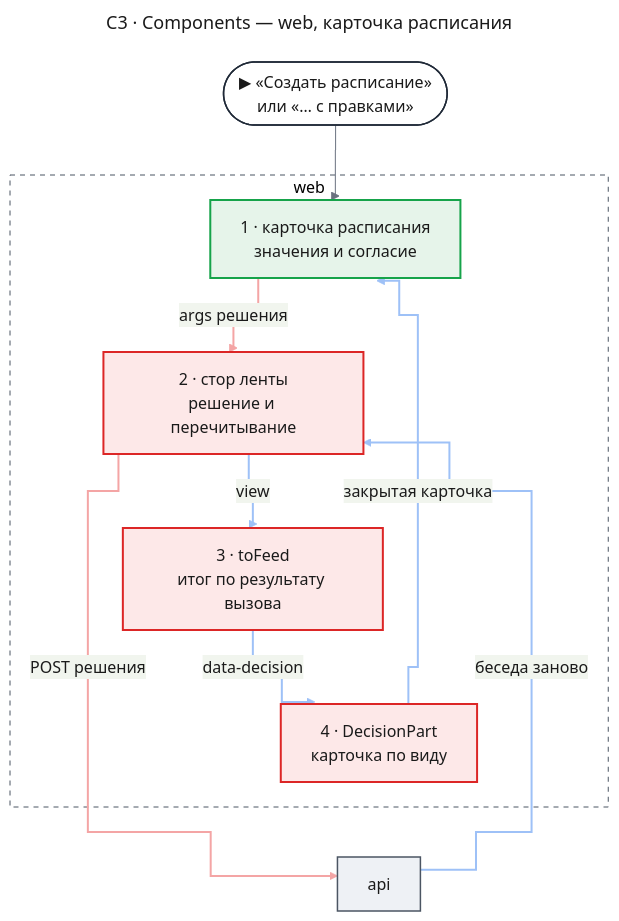
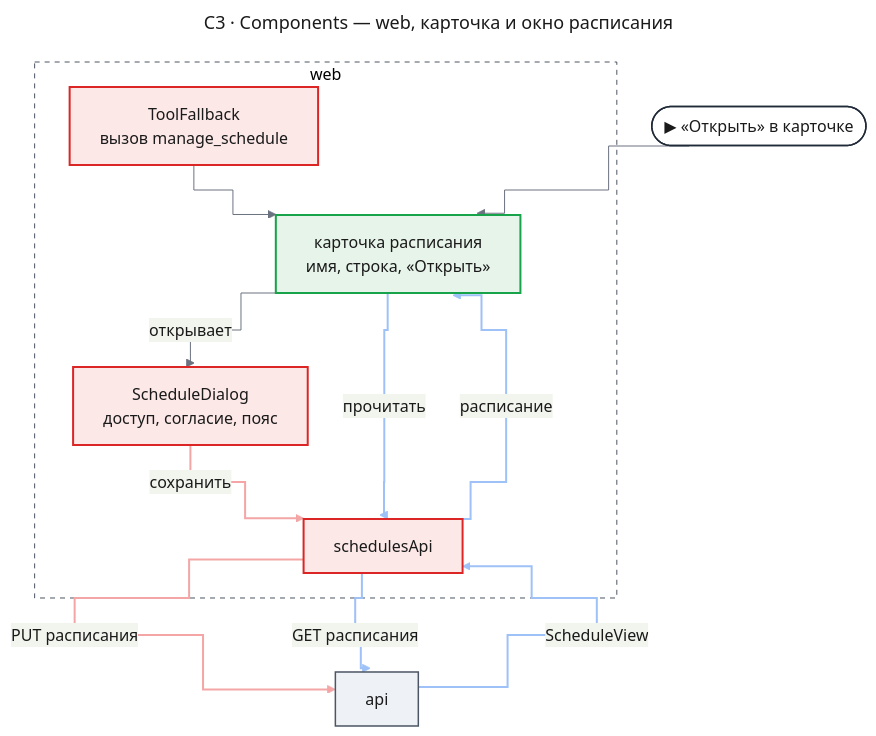
One commit to tundraray/agent-os changed the first of 3 diagrams in docs/features/chat-scheduling/design-web.md. Above: the diagram before and after it, drawn with Mermaid. The commit also changed other lines of this file, not shown here.

Commit message:
docs: rewrite the chat scheduling web design for the compact card and the page form

````diff
--- a/docs/features/chat-scheduling/design-web.md
+++ b/docs/features/chat-scheduling/design-web.md
@@ -163,56 +150,57 @@
 ```mermaid
 ---
-title: "C3 · Components — web, карточка расписания"
+title: "C3 · Components — web, карточка и окно расписания"
 config:
   theme: base
   look: classic
   themeVariables:
     primaryColor: "#eef1f5"
     primaryBorderColor: "#4b5563"
     primaryTextColor: "#1a1a1a"
     lineColor: "#6b7280"
   flowchart:
     curve: step
   themeCSS: |
     @keyframes lit_wsc{0%,15%{stroke:#991b1b;stroke-width:6px}16.7%,100%{stroke:#f4a5a5;stroke-width:2px}}
     @keyframes litr_wsc{0%,15%{stroke:#1d4ed8;stroke-width:6px}16.7%,100%{stroke:#9ec1f7;stroke-width:2px}}
 ---
 flowchart TB
-    entry(["▶ «Создать расписание»<br/>или «… с правками»"])
+    entry(["▶ «Открыть» в карточке"])
     subgraph webbox["web"]
-        card["1 · карточка расписания<br/>значения и согласие"]
-        store["2 · стор ленты<br/>решение и перечитывание"]
-        feed["3 · toFeed<br/>итог по результату вызова"]
-        part["4 · DecisionPart<br/>карточка по виду"]
+        fallback["ToolFallback<br/>вызов manage_schedule"]
+        card["карточка расписания<br/>имя, строка, «Открыть»"]
+        dialog["ScheduleDialog<br/>доступ, согласие, пояс"]
+        sapi["schedulesApi"]
     end
     api["api"]
+    fallback --> card
     entry --> card
-    card e1@-->|"args решения"| store
-    store e2@-->|"POST решения"| api
-    api e3@-->|"беседа заново"| store
-    store e4@-->|"view"| feed
-    feed e5@-->|"data-decision"| part
-    part e6@-->|"закрытая карточка"| card
-    part ~~~ api
+    dialog e1@-->|"сохранить"| sapi
+    sapi e2@-->|"PUT расписания"| api
+    card e3@-->|"прочитать"| sapi
+    sapi e4@-->|"GET расписания"| api
+    api e5@-->|"ScheduleView"| sapi
+    sapi e6@-->|"расписание"| card
+    card -->|"открывает"| dialog
     classDef entry fill:#ffffff,stroke:#1f2937,stroke-width:1.5px,color:#1a1a1a
     classDef changed fill:#fde8e8,stroke:#dc2626,stroke-width:2px,color:#1a1a1a
     classDef new fill:#e6f4ea,stroke:#16a34a,stroke-width:2px,color:#1a1a1a
     classDef unchanged fill:#eef1f5,stroke:#4b5563,stroke-width:1.5px,color:#1a1a1a
     classDef w1 stroke:#f4a5a5,stroke-width:2px,animation:lit_wsc 7.2s linear 0s infinite
     classDef w2 stroke:#f4a5a5,stroke-width:2px,animation:lit_wsc 7.2s linear 1.2s infinite
     classDef r3 stroke:#9ec1f7,stroke-width:2px,animation:litr_wsc 7.2s linear 2.4s infinite
     classDef r4 stroke:#9ec1f7,stroke-width:2px,animation:litr_wsc 7.2s linear 3.6s infinite
     classDef r5 stroke:#9ec1f7,stroke-width:2px,animation:litr_wsc 7.2s linear 4.8s infinite
     classDef r6 stroke:#9ec1f7,stroke-width:2px,animation:litr_wsc 7.2s linear 6s infinite
     class entry entry
     class card new
-    class store,feed,part changed
+    class fallback,dialog,sapi changed
     class api unchanged
     class e1 w1
     class e2 w2
     class e3 r3
     class e4 r4
     class e5 r5
     class e6 r6
     style webbox fill:none,stroke:#4b5563,stroke-dasharray:5 5
 ```
````
